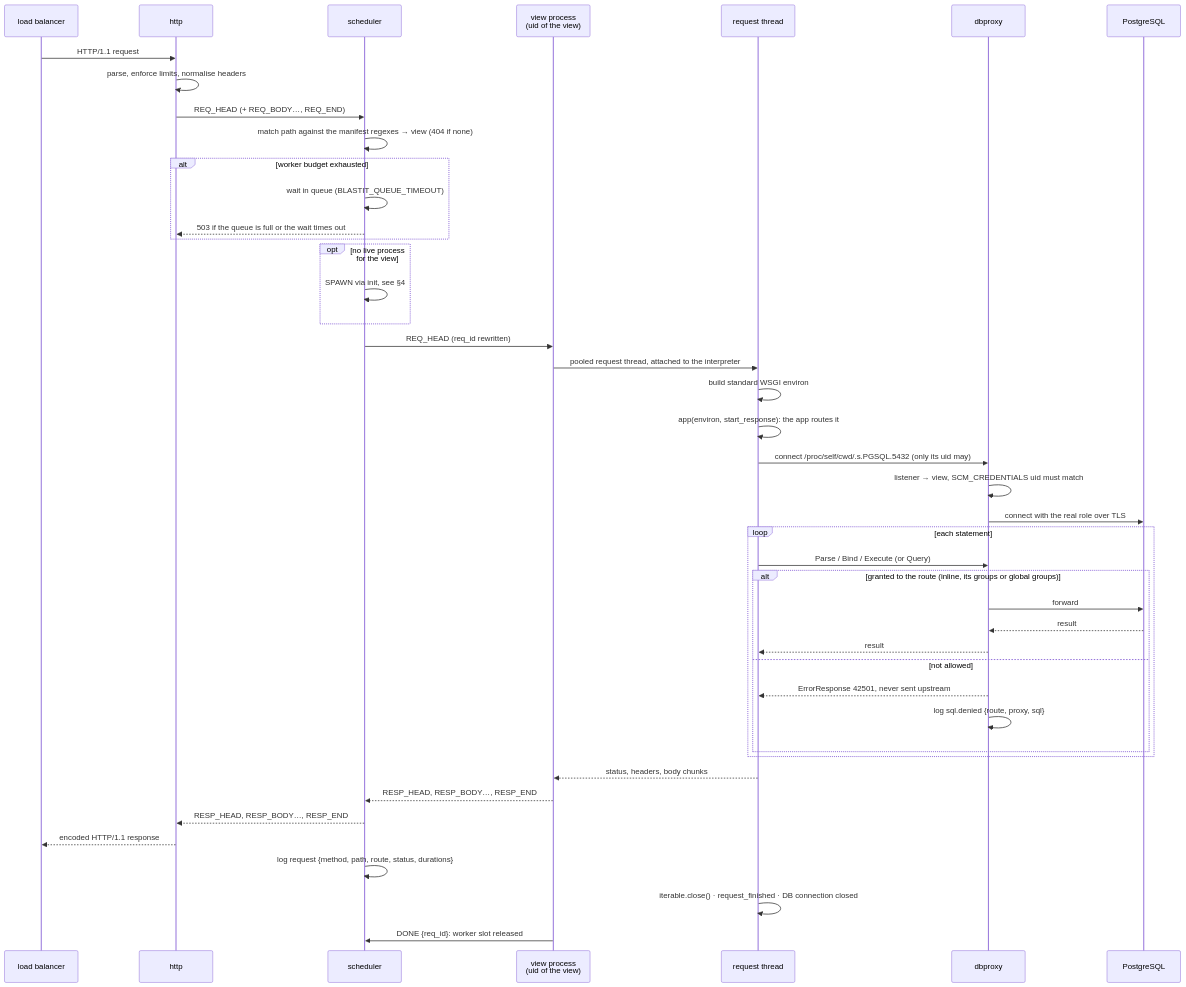
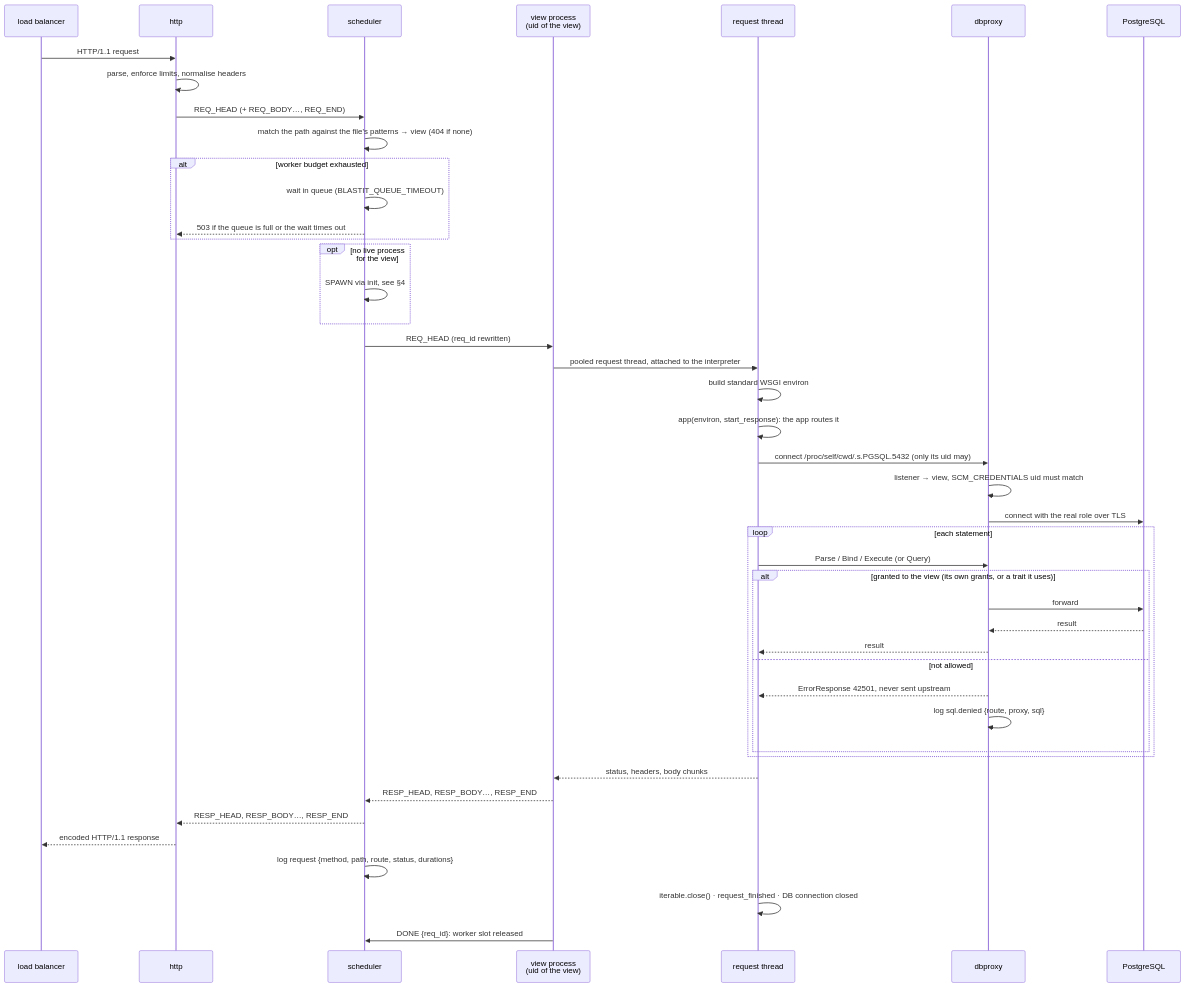
Before and after one commit to OffworldNexus/blastit: the second of 4 diagrams in ARCHITECTURE.md, drawn with Mermaid. The commit also changed other lines of this file and 2144 other files, not shown here.

````diff
--- a/ARCHITECTURE.md
+++ b/ARCHITECTURE.md
@@ -558,47 +761,47 @@
 ```mermaid
 sequenceDiagram
     participant C as load balancer
     participant H as http
     participant S as scheduler
     participant V as view process<br/>(uid of the view)
     participant T as request thread
     participant D as dbproxy
     participant P as PostgreSQL
 
     C->>H: HTTP/1.1 request
     H->>H: parse, enforce limits, normalise headers
     H->>S: REQ_HEAD (+ REQ_BODY…, REQ_END)
-    S->>S: match path against the manifest regexes → view (404 if none)
+    S->>S: match the path against the file's patterns → view (404 if none)
     alt worker budget exhausted
         S->>S: wait in queue (BLASTIT_QUEUE_TIMEOUT)
         S-->>H: 503 if the queue is full or the wait times out
     end
     opt no live process for the view
         S->>S: SPAWN via init, see §4
     end
     S->>V: REQ_HEAD (req_id rewritten)
     V->>T: pooled request thread, attached to the interpreter
     T->>T: build standard WSGI environ
     T->>T: app(environ, start_response): the app routes it
     T->>D: connect /proc/self/cwd/.s.PGSQL.5432 (only its uid may)
     D->>D: listener → view, SCM_CREDENTIALS uid must match
     D->>P: connect with the real role over TLS
     loop each statement
         T->>D: Parse / Bind / Execute (or Query)
-        alt granted to the route (inline, its groups or global groups)
+        alt granted to the view (its own grants, or a trait it uses)
             D->>P: forward
             P-->>D: result
             D-->>T: result
         else not allowed
             D-->>T: ErrorResponse 42501, never sent upstream
             D->>D: log sql.denied {route, proxy, sql}
         end
     end
     T-->>V: status, headers, body chunks
     V-->>S: RESP_HEAD, RESP_BODY…, RESP_END
     S-->>H: RESP_HEAD, RESP_BODY…, RESP_END
     H-->>C: encoded HTTP/1.1 response
     S->>S: log request {method, path, route, status, durations}
     T->>T: iterable.close() · request_finished · DB connection closed
     V->>S: DONE {req_id}: worker slot released
 ```
````
